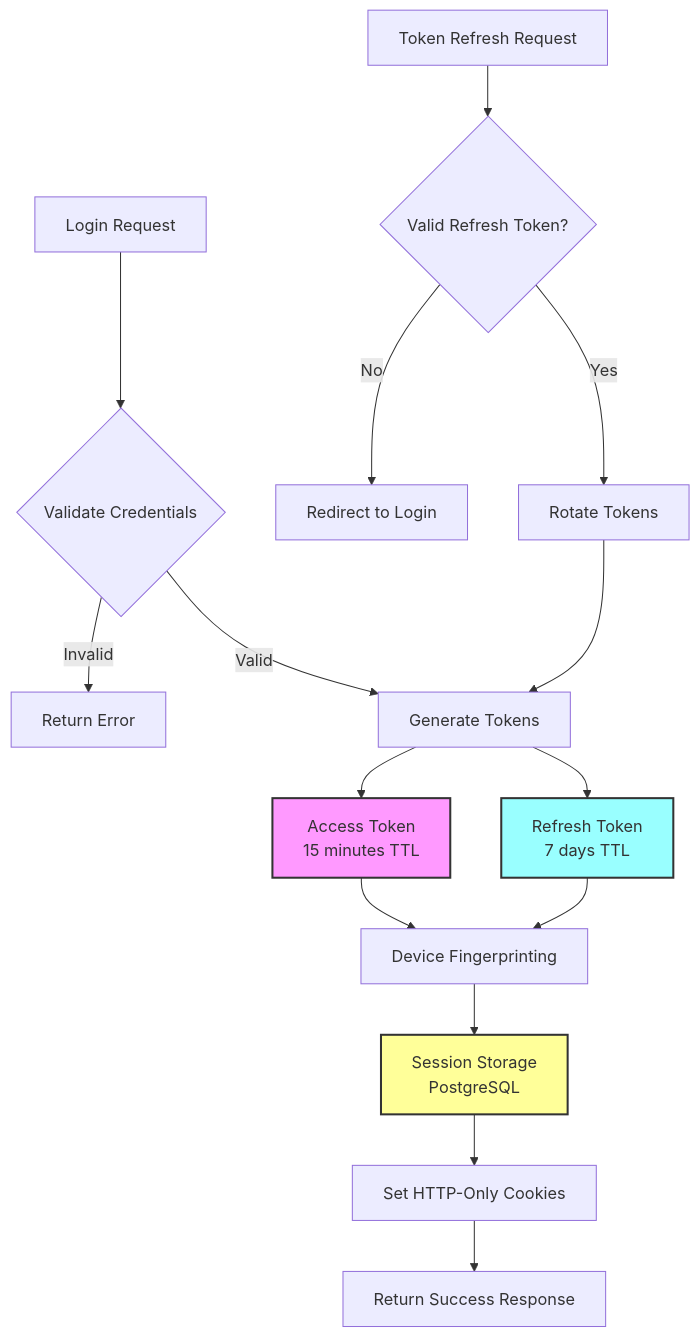
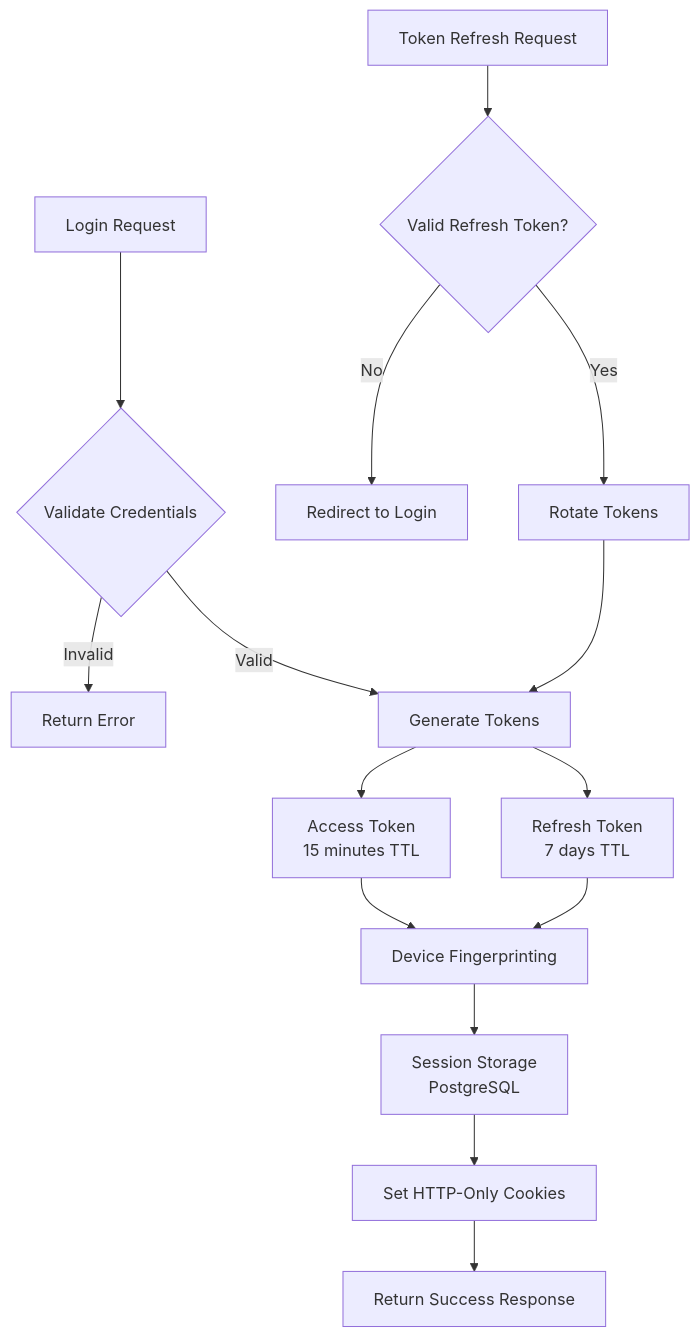
Before and after one commit to elice365/elice-next: the second of 2 diagrams in docs/PROJECT.md, drawn with Mermaid. The commit also changed other lines of this file and 37 other files, not shown here.

````diff
--- a/docs/PROJECT.md
+++ b/docs/PROJECT.md
@@ -500,25 +265,21 @@
 ```mermaid
 flowchart TD
     A[Login Request] --> B{Validate Credentials}
     B -->|Invalid| C[Return Error]
     B -->|Valid| D[Generate Tokens]
     
     D --> E[Access Token<br/>15 minutes TTL]
     D --> F[Refresh Token<br/>7 days TTL]
     
     E --> G[Device Fingerprinting]
     F --> G
     
     G --> H[Session Storage<br/>PostgreSQL]
     H --> I[Set HTTP-Only Cookies]
     I --> J[Return Success Response]
     
     K[Token Refresh Request] --> L{Valid Refresh Token?}
     L -->|No| M[Redirect to Login]
     L -->|Yes| N[Rotate Tokens]
     N --> D
-    
-    style E fill:#f9f,stroke:#333,stroke-width:2px
-    style F fill:#9ff,stroke:#333,stroke-width:2px
-    style H fill:#ff9,stroke:#333,stroke-width:2px
 ```
````
